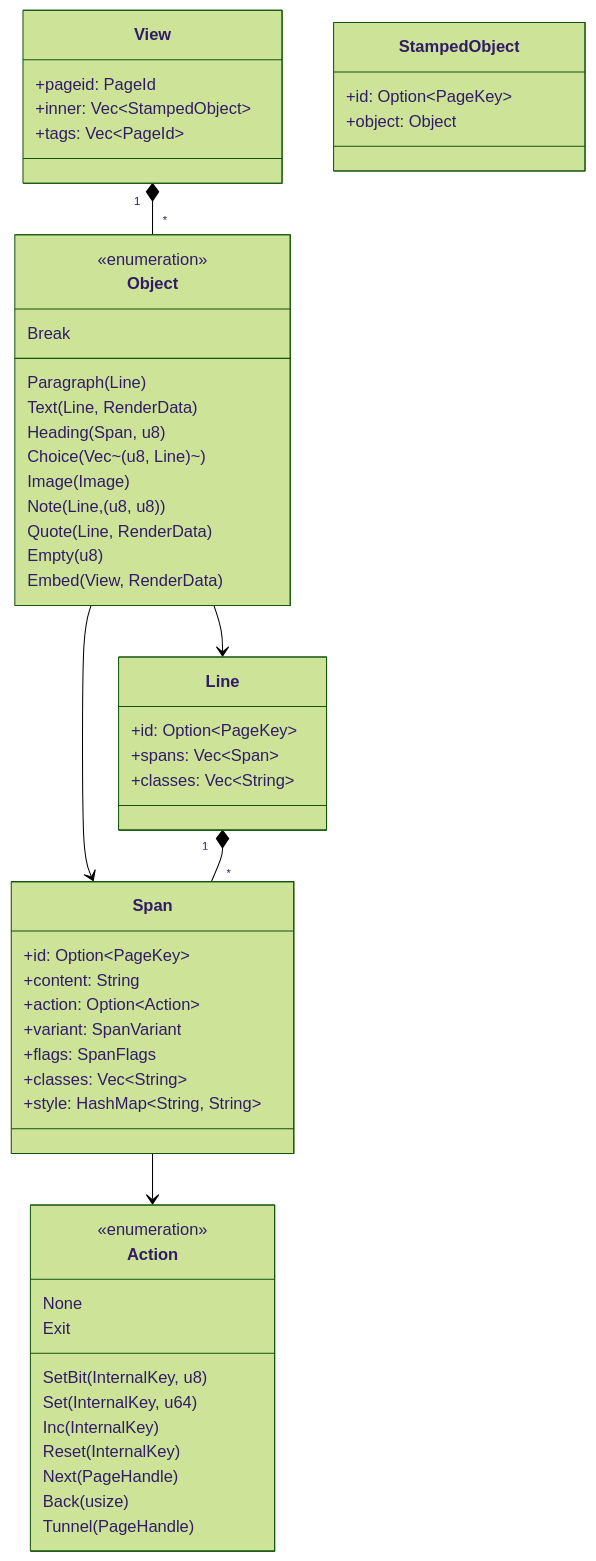
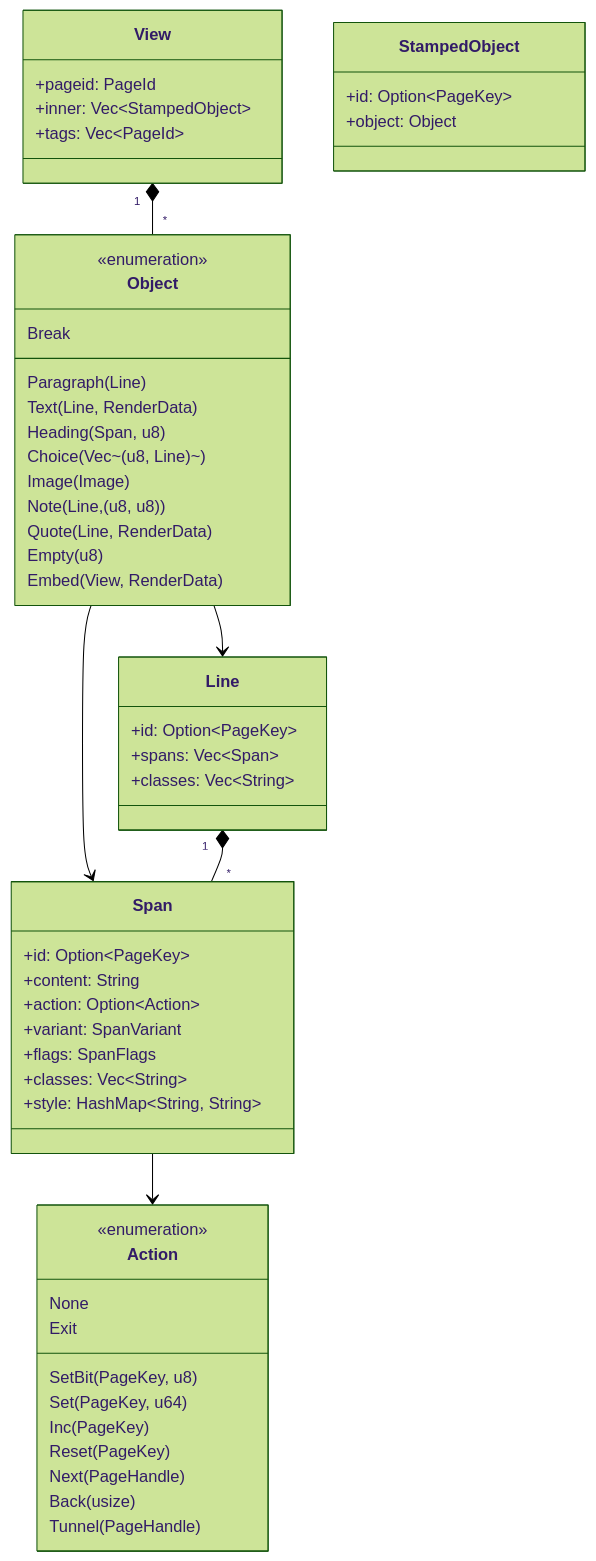
The third of 4 diagrams in ARCHITECTURE.md (Squirreljetpack/ifengine), drawn with Mermaid (forest theme) before and after one commit. The commit also changed other lines of this file and 14 other files, not shown here.

Commit message:
feat: remove InternalKey

````diff
--- a/ARCHITECTURE.md
+++ b/ARCHITECTURE.md
@@ -97,57 +97,57 @@
 ```mermaid
 classDiagram
     class View {
         +pageid: PageId
         +inner: Vec~StampedObject~
         +tags: Vec~PageId~
     }
     class StampedObject {
         +id: Option~PageKey~
         +object: Object
     }
     class Object {
         <<enumeration>>
         Paragraph(Line)
         Text(Line, RenderData)
         Heading(Span, u8)
         Choice(Vec~(u8, Line)~)
         Image(Image)
         Note(Line, (u8, u8))
         Quote(Line, RenderData)
         Break
         Empty(u8)
         Embed(View, RenderData)
     }
     class Line {
         +id: Option~PageKey~
         +spans: Vec~Span~
         +classes: Vec~String~
     }
     class Span {
         +id: Option~PageKey~
         +content: String
         +action: Option~Action~
         +variant: SpanVariant
         +flags: SpanFlags
         +classes: Vec~String~
         +style: HashMap~String, String~
     }
     class Action {
         <<enumeration>>
         None
-        SetBit(InternalKey, u8)
-        Set(InternalKey, u64)
-        Inc(InternalKey)
-        Reset(InternalKey)
+        SetBit(PageKey, u8)
+        Set(PageKey, u64)
+        Inc(PageKey)
+        Reset(PageKey)
         Next(PageHandle)
         Back(usize)
         Tunnel(PageHandle)
         Exit
     }
 
     View "1" *-- "*" Object
     Object --> Line
     Object --> Span
     Line "1" *-- "*" Span
     Span --> Action
 ```
````
